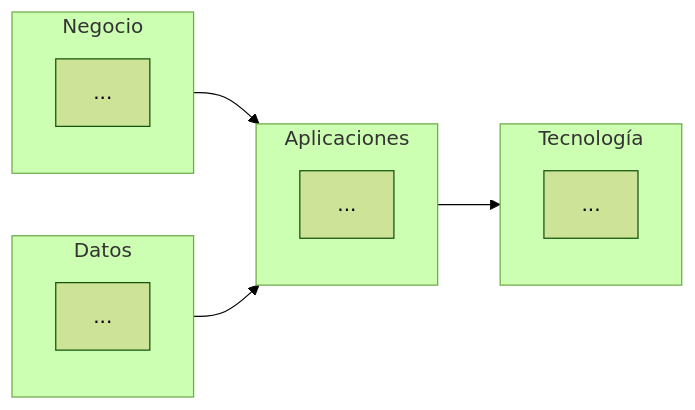
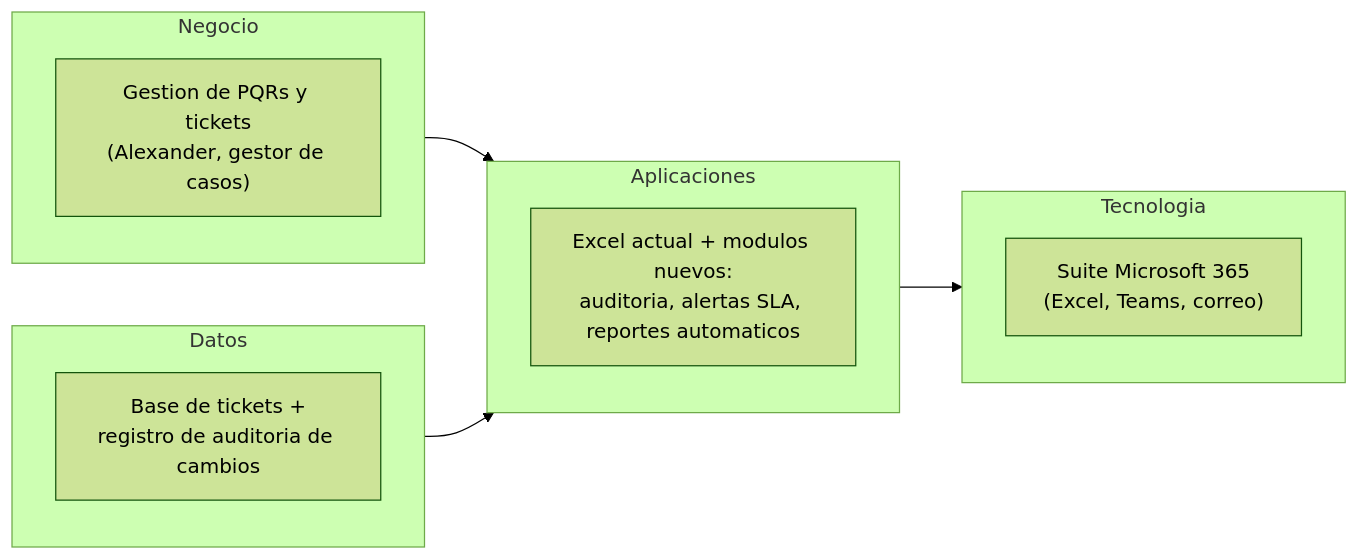
The diagram in 00-preliminary-vision/vision.md (N1kxo/AREM-Innova2-JohannaMolina), drawn with Mermaid (forest theme) before and after one commit. The commit also changed other lines of this file and 5 other files, not shown here.

Commit message:
Refactor ERD for PQRSF Case: Updated entity definitions, attributes, and relationships for improved clarity and structure. Added new entities and relationships to enhance the model's comprehensiveness.

````diff
--- a/00-preliminary-vision/vision.md
+++ b/00-preliminary-vision/vision.md
@@ -14,19 +14,19 @@
 ```mermaid
 flowchart LR
     subgraph negocio["Negocio"]
-        proc["..."]
+        proc["Gestion de PQRs y tickets\n(Alexander, gestor de casos)"]
     end
     subgraph datos["Datos"]
-        info["..."]
+        info["Base de tickets +\nregistro de auditoria de cambios"]
     end
     subgraph apps["Aplicaciones"]
-        plat["..."]
+        plat["Excel actual + modulos nuevos:\nauditoria, alertas SLA, reportes automaticos"]
     end
-    subgraph tec["Tecnología"]
-        nube["..."]
+    subgraph tec["Tecnologia"]
+        nube["Suite Microsoft 365\n(Excel, Teams, correo)"]
     end
 
     negocio --> apps
     datos --> apps
     apps --> tec
 ```
````
